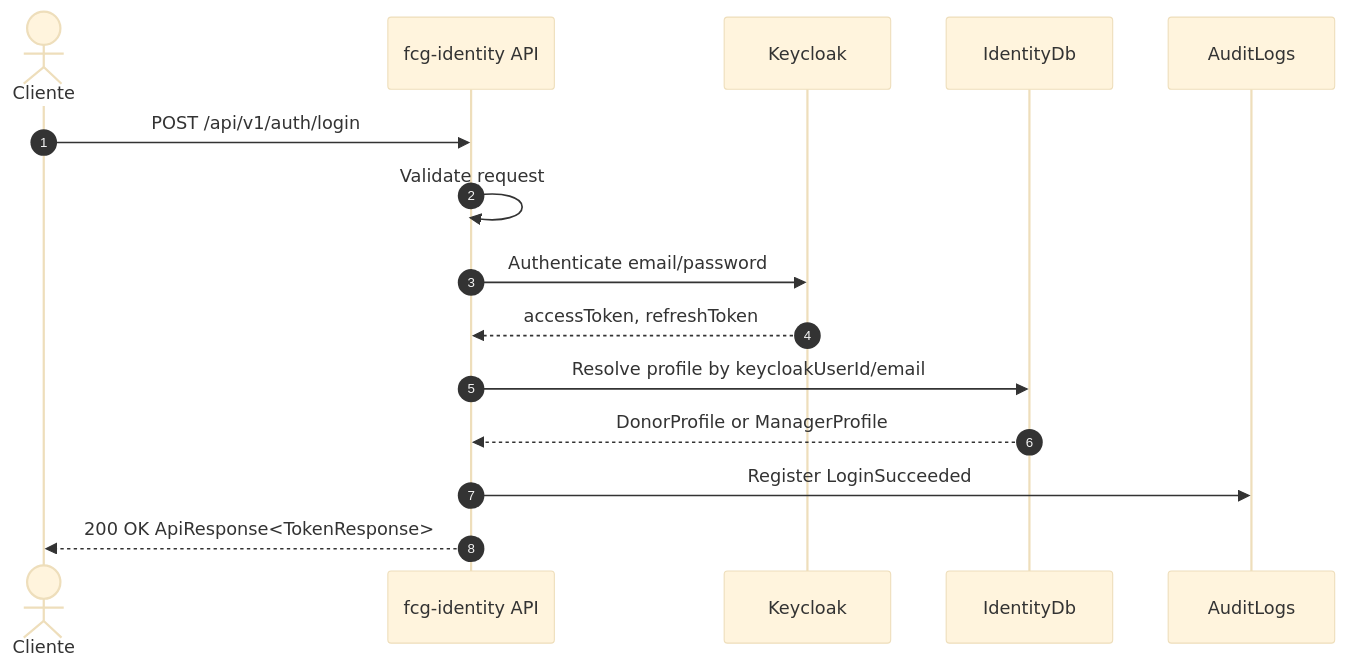
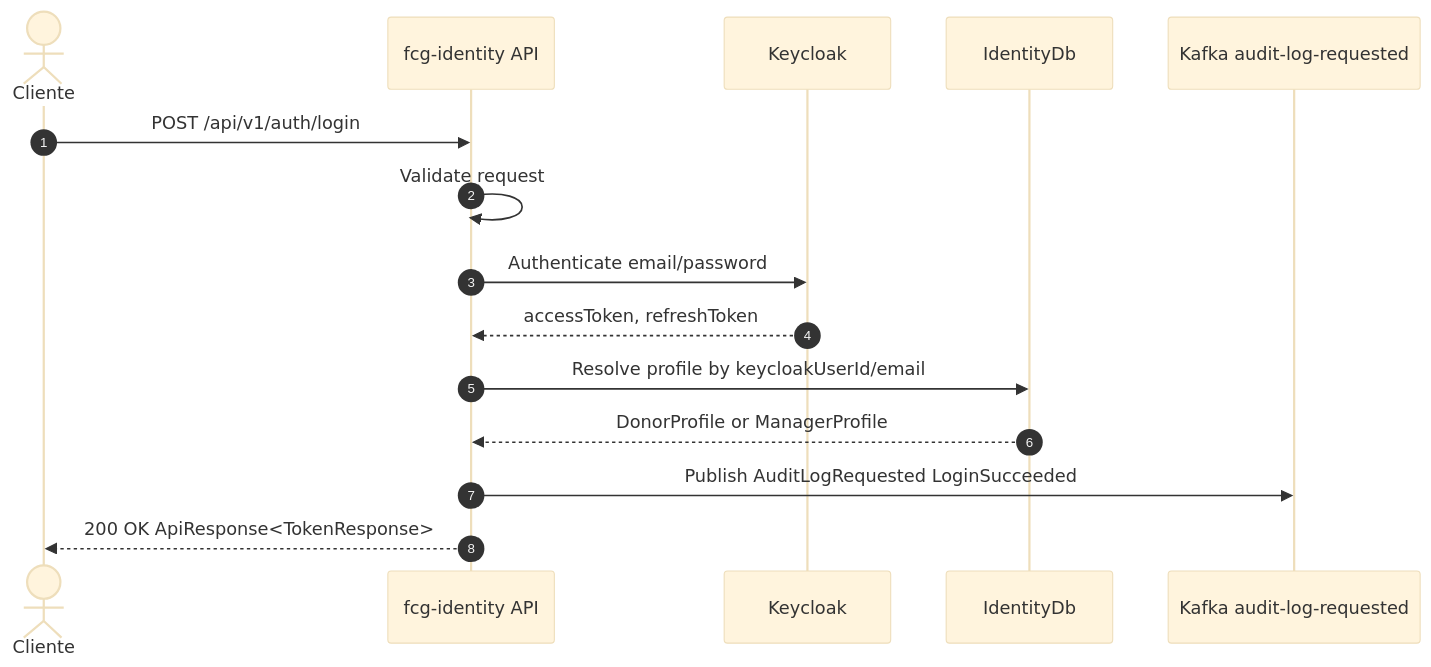
One commit to group10-tc-01/fcs-fase05-docs changed the third of 30 diagrams in architecture/endpoint-flows.md. Above: the diagram before and after it, drawn with Mermaid (base theme). The commit also changed other lines of this file and 15 other files, not shown here.

````diff
--- a/architecture/endpoint-flows.md
+++ b/architecture/endpoint-flows.md
@@ -52,18 +52,18 @@
 ```mermaid
 sequenceDiagram
     autonumber
     actor Client as Cliente
     participant IdentityApi as fcg-identity API
     participant Keycloak as Keycloak
     participant IdentityDb as IdentityDb
-    participant Audit as AuditLogs
+    participant AuditKafka as Kafka audit-log-requested
 
     Client->>IdentityApi: POST /api/v1/auth/login
     IdentityApi->>IdentityApi: Validate request
     IdentityApi->>Keycloak: Authenticate email/password
     Keycloak-->>IdentityApi: accessToken, refreshToken
     IdentityApi->>IdentityDb: Resolve profile by keycloakUserId/email
     IdentityDb-->>IdentityApi: DonorProfile or ManagerProfile
-    IdentityApi->>Audit: Register LoginSucceeded
+    IdentityApi->>AuditKafka: Publish AuditLogRequested LoginSucceeded
     IdentityApi-->>Client: 200 OK ApiResponse<TokenResponse>
 ```
````
